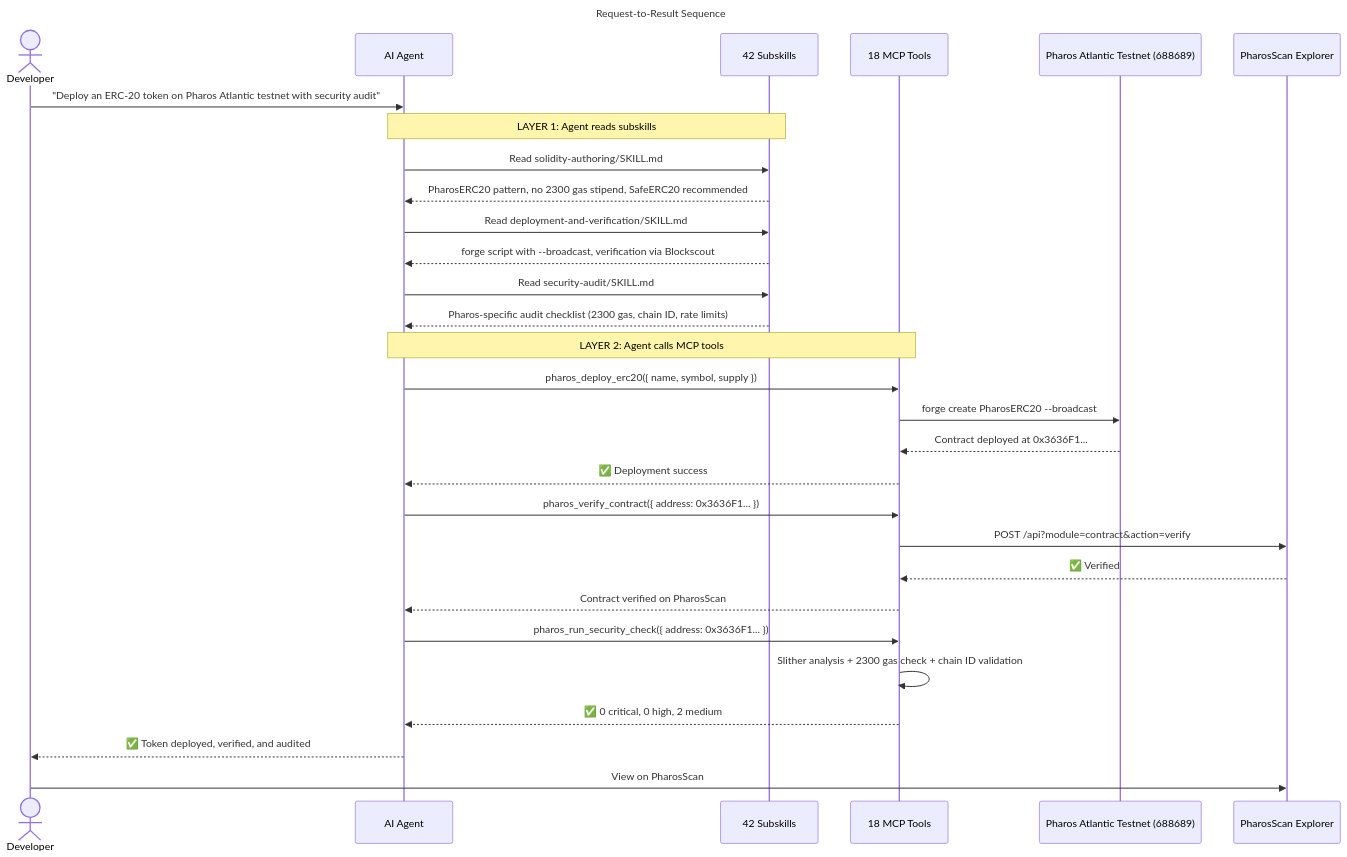
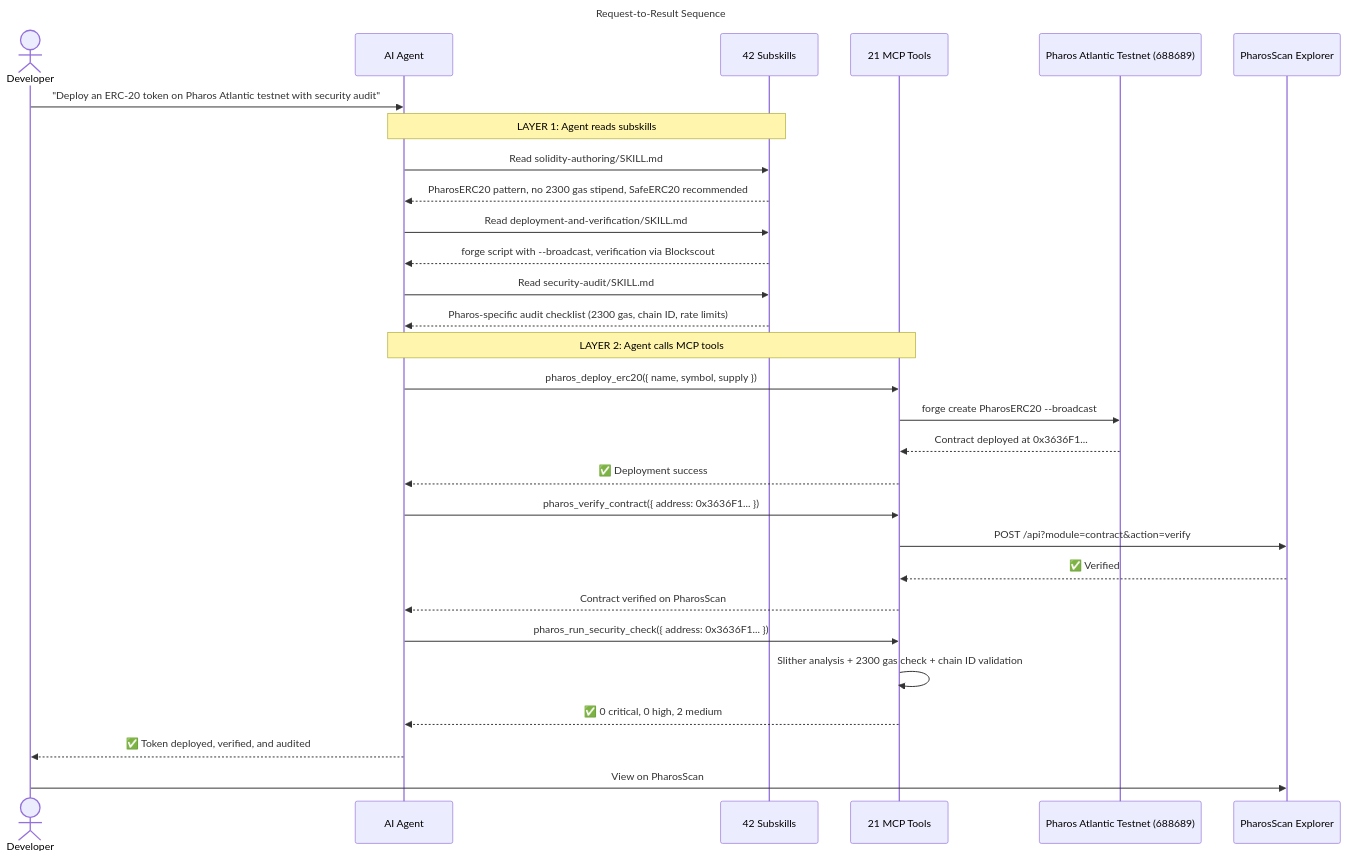
One commit to tejas0111/Pharos changed the second of 5 diagrams in CASCADE.md. Above: the diagram before and after it, drawn with Mermaid. The commit also changed other lines of this file and 10 other files, not shown here.

````diff
--- a/CASCADE.md
+++ b/CASCADE.md
@@ -67,40 +67,40 @@
 ```mermaid
 ---
 title: Request-to-Result Sequence
 ---
 sequenceDiagram
     actor U as Developer
     participant A as AI Agent
     participant S as 42 Subskills
-    participant T as 18 MCP Tools
+    participant T as 21 MCP Tools
     participant B as Pharos Atlantic Testnet (688689)
     participant E as PharosScan Explorer
 
     U->>A: "Deploy an ERC-20 token on Pharos Atlantic testnet with security audit"
 
     Note over A,S: LAYER 1: Agent reads subskills
     A->>S: Read solidity-authoring/SKILL.md
     S-->>A: PharosERC20 pattern, no 2300 gas stipend, SafeERC20 recommended
     A->>S: Read deployment-and-verification/SKILL.md
     S-->>A: forge script with --broadcast, verification via Blockscout
     A->>S: Read security-audit/SKILL.md
     S-->>A: Pharos-specific audit checklist (2300 gas, chain ID, rate limits)
 
     Note over A,T: LAYER 2: Agent calls MCP tools
     A->>T: pharos_deploy_erc20({ name, symbol, supply })
     T->>B: forge create PharosERC20 --broadcast
     B-->>T: Contract deployed at 0x3636F1...
     T-->>A: ✅ Deployment success
 
     A->>T: pharos_verify_contract({ address: 0x3636F1... })
     T->>E: POST /api?module=contract&action=verify
     E-->>T: ✅ Verified
     T-->>A: Contract verified on PharosScan
 
     A->>T: pharos_run_security_check({ address: 0x3636F1... })
     T->>T: Slither analysis + 2300 gas check + chain ID validation
     T-->>A: ✅ 0 critical, 0 high, 2 medium
 
     A-->>U: ✅ Token deployed, verified, and audited
     U->>E: View on PharosScan
 ```
````
